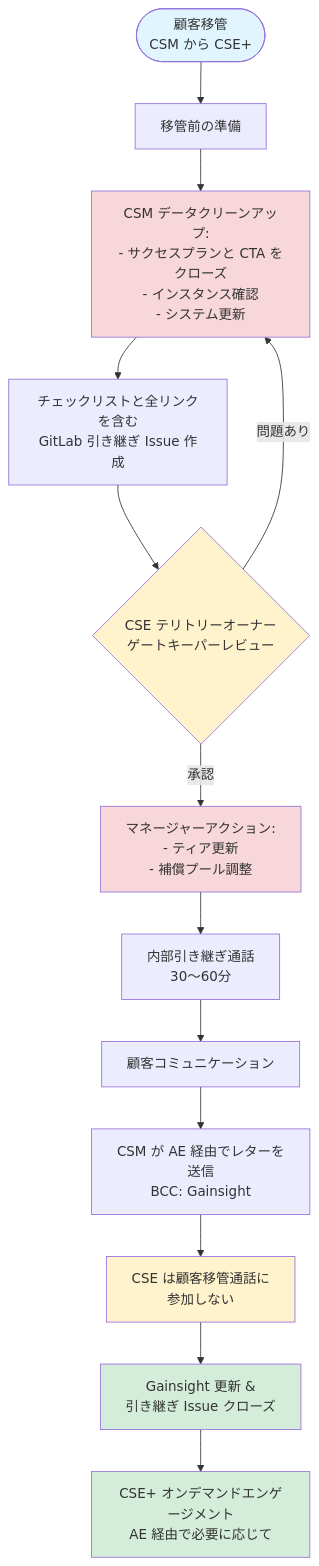
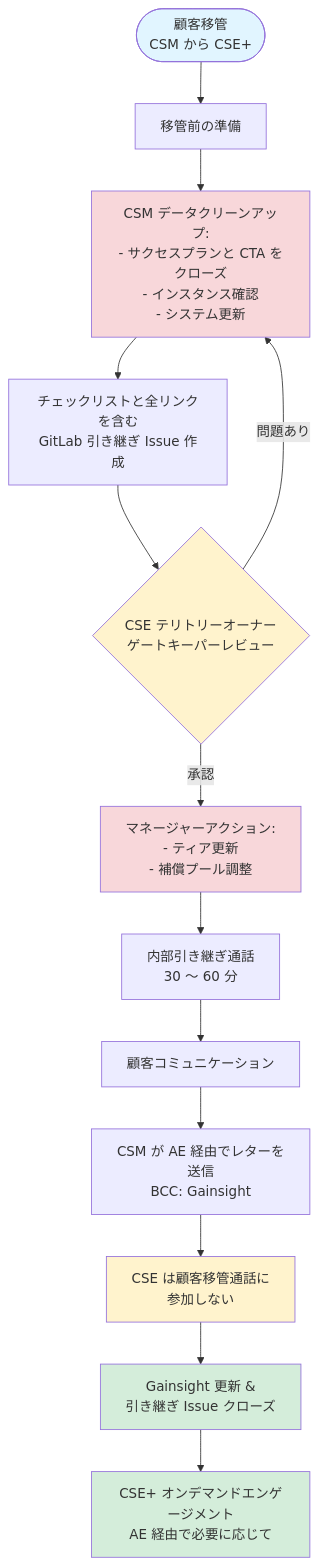
One commit to kyama0/gitlab-handbook-ja changed the diagram in content/handbook/customer-experience/csm/segment/cse/csm-to-cse-handover.md. Above: the diagram before and after it, drawn with Mermaid. The commit also changed 4 other files, not shown here.

````diff
--- a/content/handbook/customer-experience/csm/segment/cse/csm-to-cse-handover.md
+++ b/content/handbook/customer-experience/csm/segment/cse/csm-to-cse-handover.md
@@ -24,22 +24,22 @@
 ```mermaid
 graph TD
     Start([顧客移管<br/>CSM から CSE+]) --> PreHandover[移管前の準備]
     PreHandover --> DataCleanup[CSM データクリーンアップ:<br/>- サクセスプランと CTA をクローズ<br/>- インスタンス確認<br/>- システム更新]
     DataCleanup --> CreateIssue[チェックリストと全リンクを含む<br/>GitLab 引き継ぎ Issue 作成]
     CreateIssue --> CSEReview{CSE テリトリーオーナー<br/>ゲートキーパーレビュー}
     CSEReview -->|問題あり| DataCleanup
     CSEReview -->|承認| ManagerActions[マネージャーアクション:<br/>- ティア更新<br/>- 補償プール調整]
-    ManagerActions --> HandoverCall[内部引き継ぎ通話<br/>30〜60分]
+    ManagerActions --> HandoverCall[内部引き継ぎ通話<br/>30 〜 60 分]
     HandoverCall --> CustomerComm[顧客コミュニケーション]
     CustomerComm --> SendLetter[CSM が AE 経由でレターを送信<br/>BCC: Gainsight]
     SendLetter --> NoCSECall[CSE は顧客移管通話に<br/>参加しない]
     NoCSECall --> Complete[Gainsight 更新 &<br/>引き継ぎ Issue クローズ]
     Complete --> CSEEngagement[CSE+ オンデマンドエンゲージメント<br/>AE 経由で必要に応じて]
     style Start fill:#e1f5ff
     style Complete fill:#d4edda
     style CSEEngagement fill:#d4edda
     style NoCSECall fill:#fff3cd
     style CSEReview fill:#fff3cd
     style DataCleanup fill:#f8d7da
     style ManagerActions fill:#f8d7da
 ```
````
